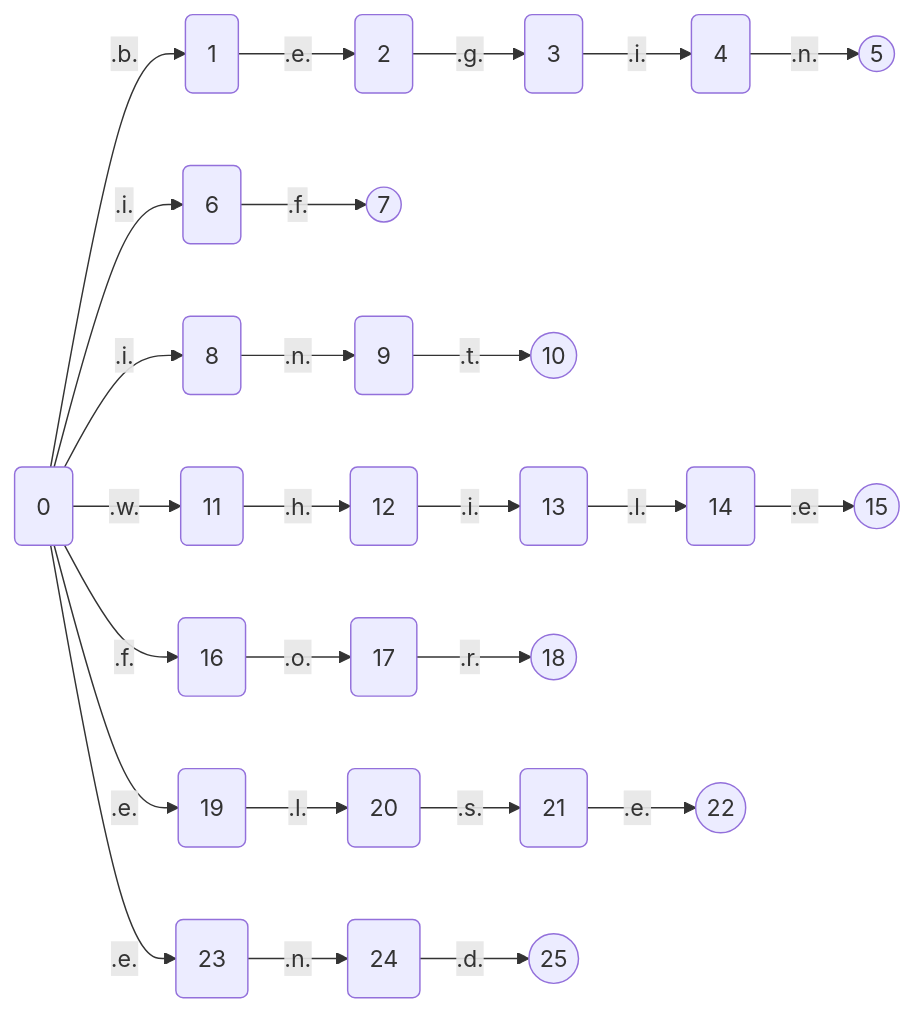
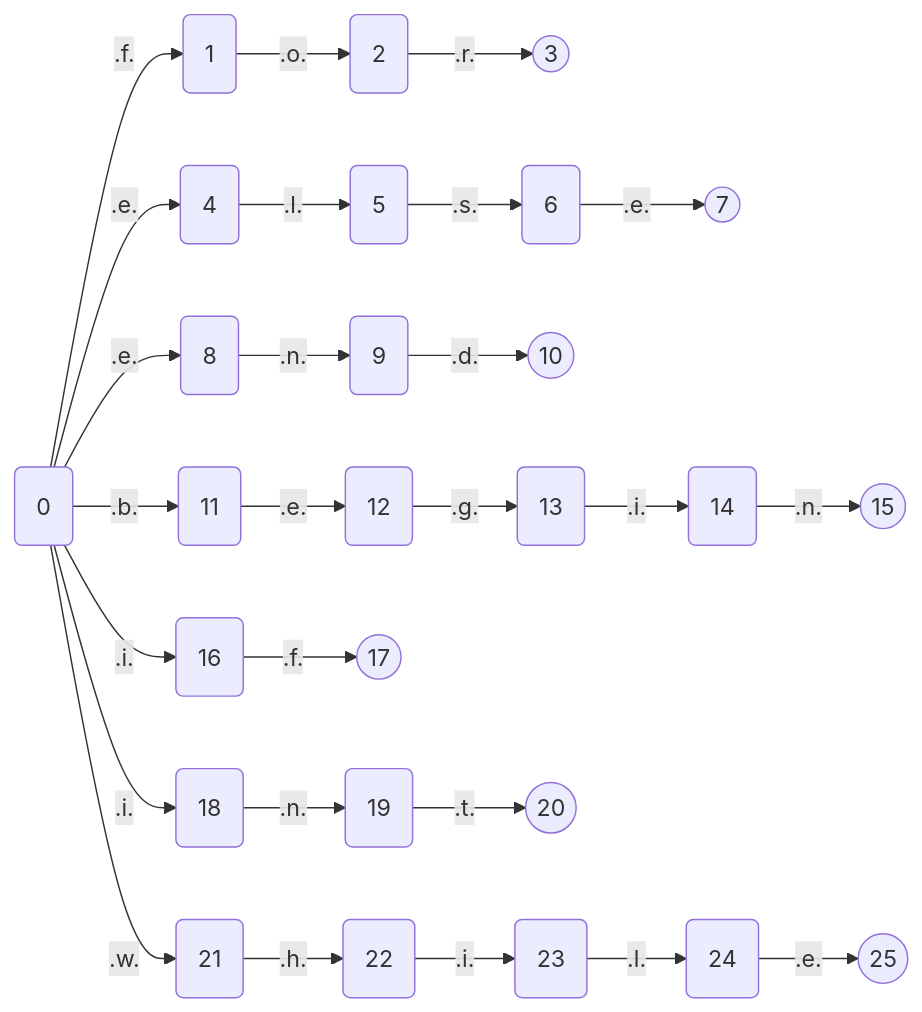
The diagram in doc/gen/LexicalInformation/stateMachine/W 状态机.md (Lxy417165709/translater), drawn with Mermaid before and after one commit. The commit also changed 39 other files, not shown here.

````diff
--- a/doc/gen/LexicalInformation/stateMachine/W 状态机.md
+++ b/doc/gen/LexicalInformation/stateMachine/W 状态机.md
@@ -1,28 +1,28 @@
 ```mermaid
 graph LR
-id:4(4) -- .n. --> id:5((5))
-id:3(3) -- .i. --> id:4(4)
-id:2(2) -- .g. --> id:3(3)
-id:1(1) -- .e. --> id:2(2)
-id:0(0) -- .b. --> id:1(1)
-id:6(6) -- .f. --> id:7((7))
-id:0(0) -- .i. --> id:6(6)
-id:9(9) -- .t. --> id:10((10))
+id:2(2) -- .r. --> id:3((3))
+id:1(1) -- .o. --> id:2(2)
+id:0(0) -- .f. --> id:1(1)
+id:6(6) -- .e. --> id:7((7))
+id:5(5) -- .s. --> id:6(6)
+id:4(4) -- .l. --> id:5(5)
+id:0(0) -- .e. --> id:4(4)
+id:9(9) -- .d. --> id:10((10))
 id:8(8) -- .n. --> id:9(9)
-id:0(0) -- .i. --> id:8(8)
-id:14(14) -- .e. --> id:15((15))
-id:13(13) -- .l. --> id:14(14)
-id:12(12) -- .i. --> id:13(13)
-id:11(11) -- .h. --> id:12(12)
-id:0(0) -- .w. --> id:11(11)
-id:17(17) -- .r. --> id:18((18))
-id:16(16) -- .o. --> id:17(17)
-id:0(0) -- .f. --> id:16(16)
-id:21(21) -- .e. --> id:22((22))
-id:20(20) -- .s. --> id:21(21)
-id:19(19) -- .l. --> id:20(20)
-id:0(0) -- .e. --> id:19(19)
-id:24(24) -- .d. --> id:25((25))
-id:23(23) -- .n. --> id:24(24)
-id:0(0) -- .e. --> id:23(23)
+id:0(0) -- .e. --> id:8(8)
+id:14(14) -- .n. --> id:15((15))
+id:13(13) -- .i. --> id:14(14)
+id:12(12) -- .g. --> id:13(13)
+id:11(11) -- .e. --> id:12(12)
+id:0(0) -- .b. --> id:11(11)
+id:16(16) -- .f. --> id:17((17))
+id:0(0) -- .i. --> id:16(16)
+id:19(19) -- .t. --> id:20((20))
+id:18(18) -- .n. --> id:19(19)
+id:0(0) -- .i. --> id:18(18)
+id:24(24) -- .e. --> id:25((25))
+id:23(23) -- .l. --> id:24(24)
+id:22(22) -- .i. --> id:23(23)
+id:21(21) -- .h. --> id:22(22)
+id:0(0) -- .w. --> id:21(21)
 ```
````
